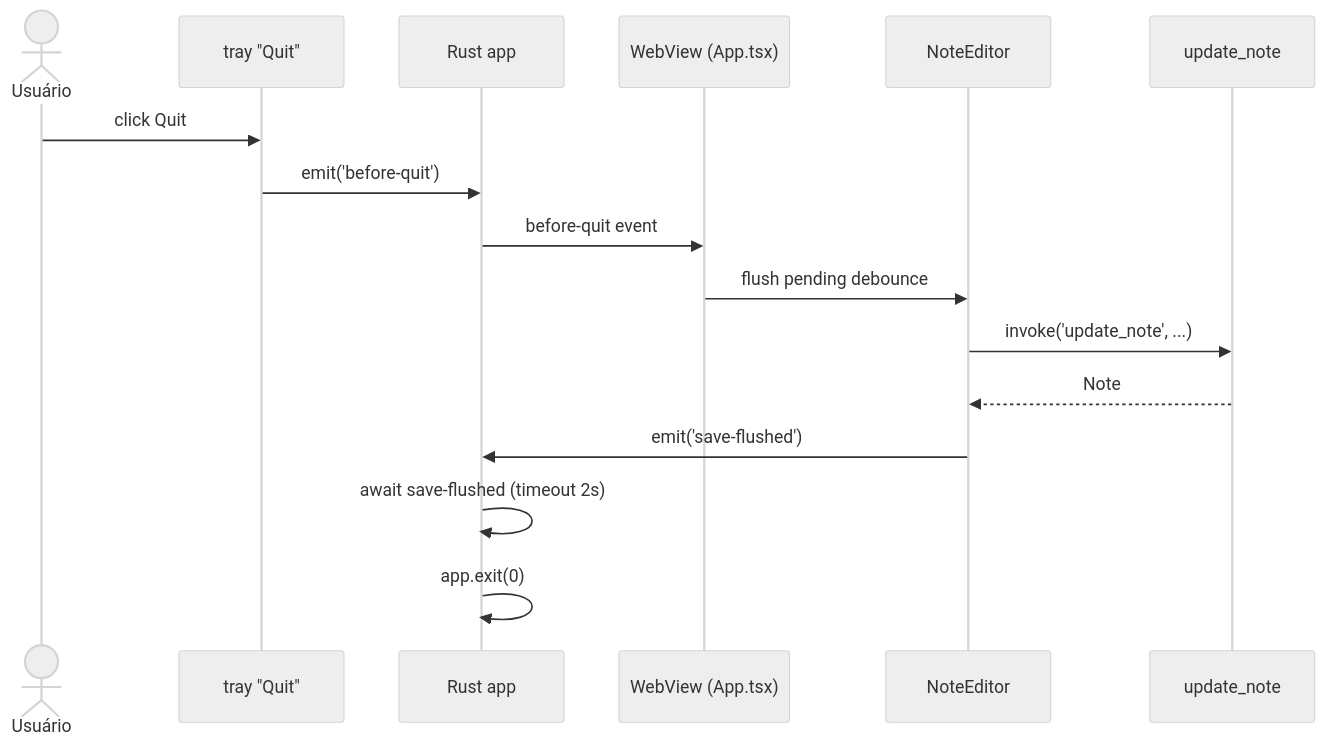
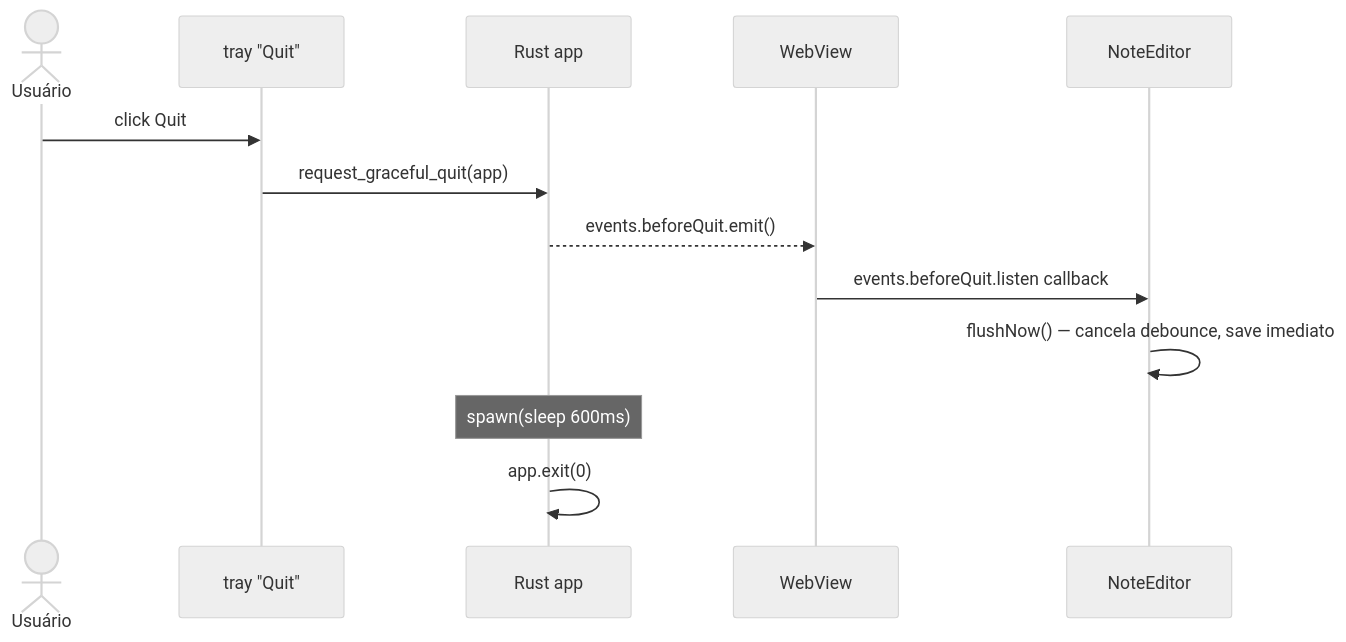
The fourth of 4 diagrams in docs/architecture/debugged-helper.md (r-camara/coxinha), drawn with Mermaid (neutral theme) before and after one commit. The commit also changed other lines of this file, not shown here.

First line of the commit message:
docs(architecture): atualiza debugged-helper apos merge das 7 modernizacoes

````diff
--- a/docs/architecture/debugged-helper.md
+++ b/docs/architecture/debugged-helper.md
@@ -253,19 +295,16 @@
 ```mermaid
 sequenceDiagram
     actor U as Usuário
     participant TR as tray "Quit"
     participant APP as Rust app
-    participant WV as WebView (App.tsx)
+    participant WV as WebView
     participant ED as NoteEditor
-    participant CMD as update_note
 
     U->>TR: click Quit
-    TR->>APP: emit('before-quit')
-    APP->>WV: before-quit event
-    WV->>ED: flush pending debounce
-    ED->>CMD: invoke('update_note', ...)
-    CMD-->>ED: Note
-    ED->>APP: emit('save-flushed')
-    APP->>APP: await save-flushed (timeout 2s)
+    TR->>APP: request_graceful_quit(app)
+    APP-->>WV: events.beforeQuit.emit()
+    WV->>ED: events.beforeQuit.listen callback
+    ED->>ED: flushNow() — cancela debounce, save imediato
+    Note over APP: spawn(sleep 600ms)
     APP->>APP: app.exit(0)
 ```
````
